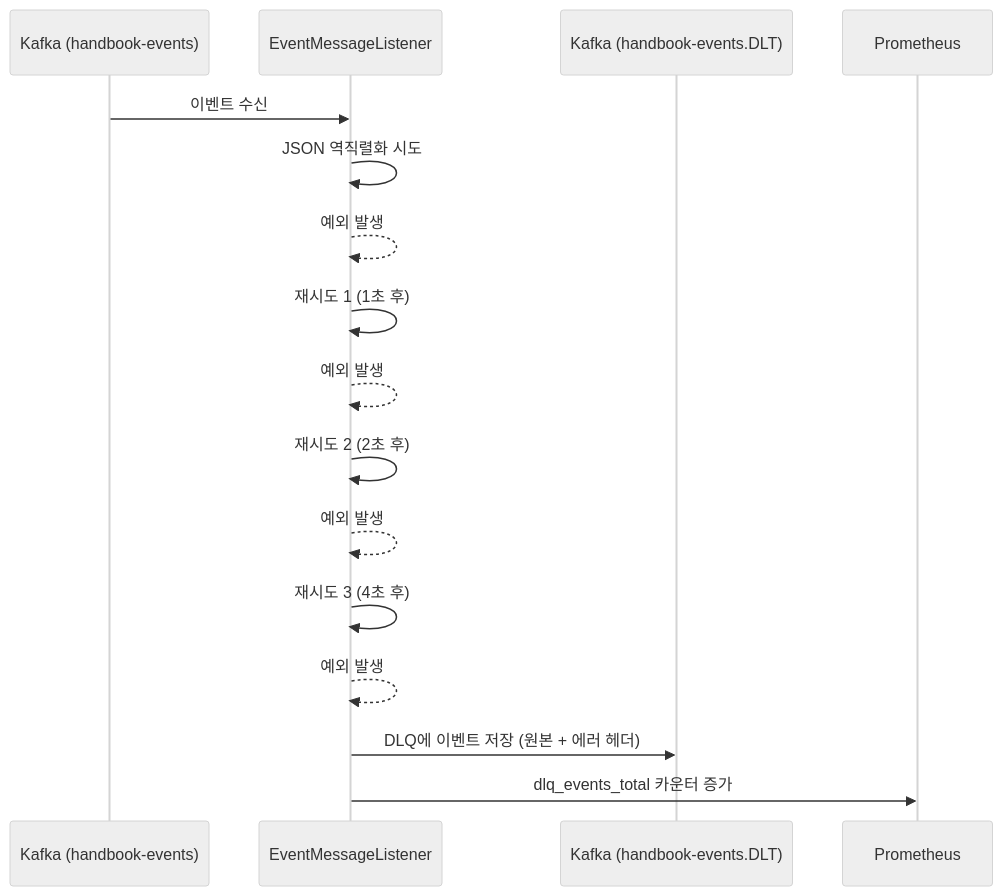
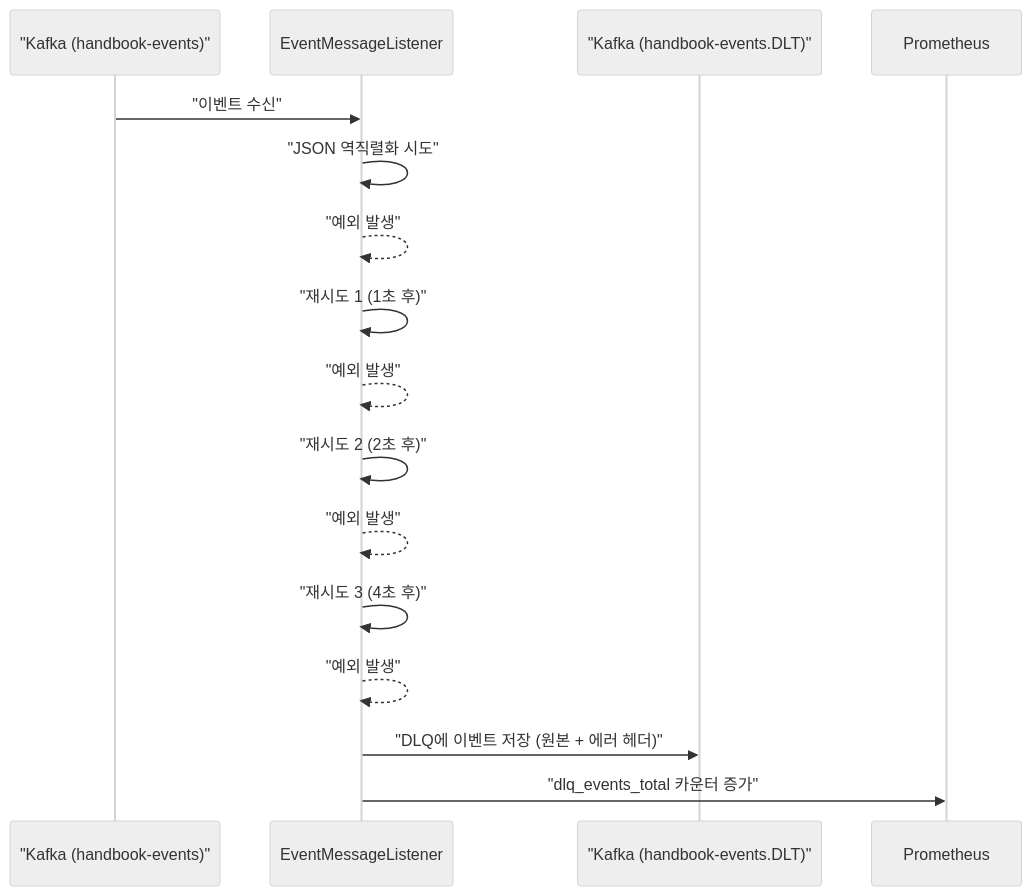
The fourth of 4 diagrams in event-broadcaster/USECASE.md (sayaya1090/handbook), drawn with Mermaid (neutral theme) before and after one commit. The commit also changed other lines of this file and 22 other files, not shown here.

First line of the commit message:
docs: Mermaid 다이어그램 렌더링 오류 수정을 위한 구문 전수 교정

````diff
--- a/event-broadcaster/USECASE.md
+++ b/event-broadcaster/USECASE.md
@@ -164,19 +164,19 @@
 ```mermaid
 sequenceDiagram
-    participant Kafka as Kafka (handbook-events)
+    participant Kafka as "Kafka (handbook-events)"
     participant Consumer as EventMessageListener
-    participant DLQ as Kafka (handbook-events.DLT)
+    participant DLQ as "Kafka (handbook-events.DLT)"
     participant Prometheus as Prometheus
 
-    Kafka->>Consumer: 이벤트 수신
-    Consumer->>Consumer: JSON 역직렬화 시도
-    Consumer-->>Consumer: 예외 발생
-    Consumer->>Consumer: 재시도 1 (1초 후)
-    Consumer-->>Consumer: 예외 발생
-    Consumer->>Consumer: 재시도 2 (2초 후)
-    Consumer-->>Consumer: 예외 발생
-    Consumer->>Consumer: 재시도 3 (4초 후)
-    Consumer-->>Consumer: 예외 발생
-    Consumer->>DLQ: DLQ에 이벤트 저장 (원본 + 에러 헤더)
-    Consumer->>Prometheus: dlq_events_total 카운터 증가
+    Kafka->>Consumer: "이벤트 수신"
+    Consumer->>Consumer: "JSON 역직렬화 시도"
+    Consumer-->>Consumer: "예외 발생"
+    Consumer->>Consumer: "재시도 1 (1초 후)"
+    Consumer-->>Consumer: "예외 발생"
+    Consumer->>Consumer: "재시도 2 (2초 후)"
+    Consumer-->>Consumer: "예외 발생"
+    Consumer->>Consumer: "재시도 3 (4초 후)"
+    Consumer-->>Consumer: "예외 발생"
+    Consumer->>DLQ: "DLQ에 이벤트 저장 (원본 + 에러 헤더)"
+    Consumer->>Prometheus: "dlq_events_total 카운터 증가"
 ```
````
